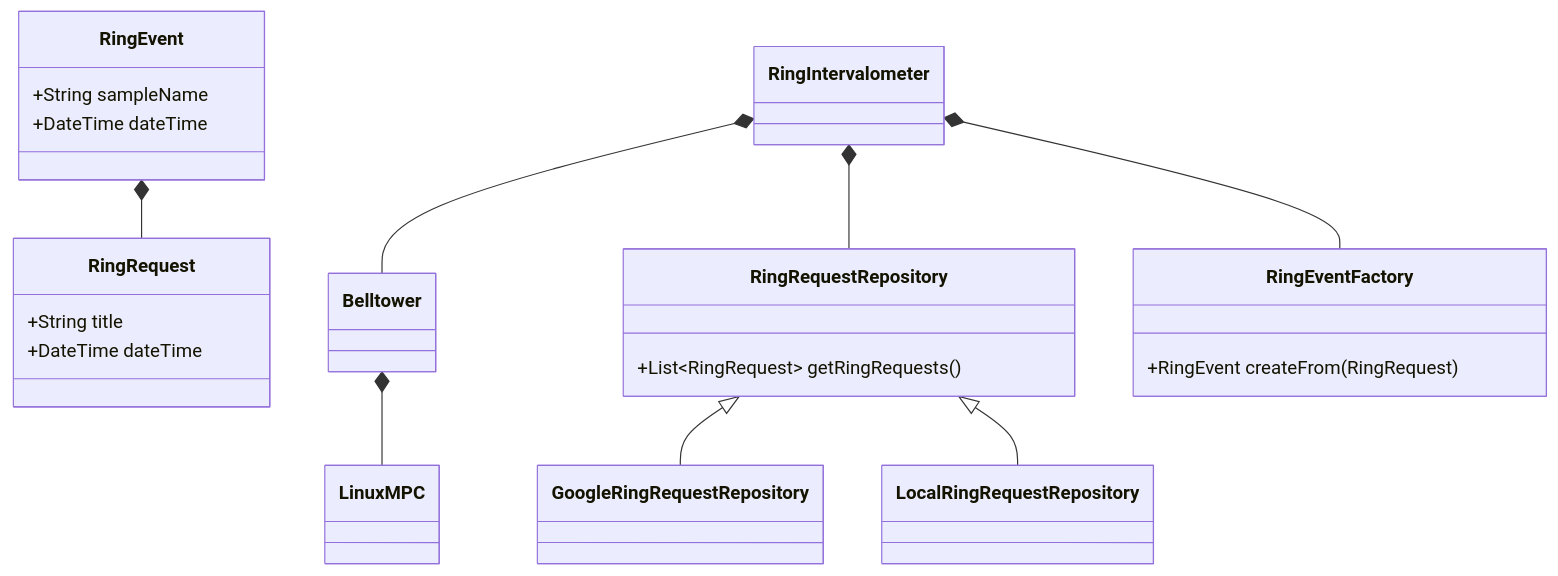
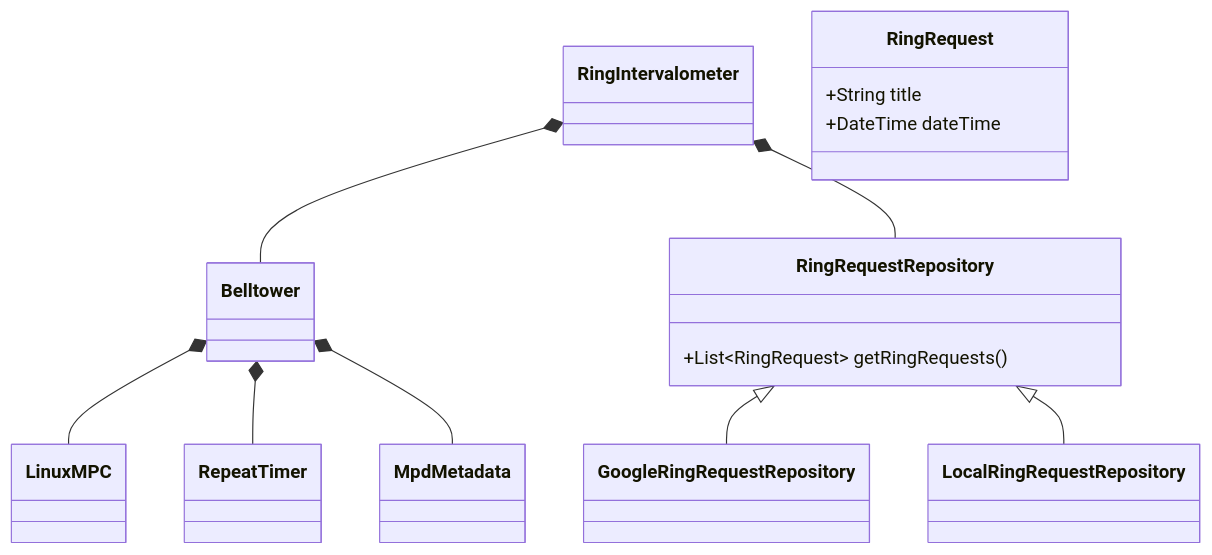
The second of 2 diagrams in server/README.md (jjfraney/bells), drawn with Mermaid before and after one commit. The commit also changed other lines of this file and 14 other files, not shown here.

````diff
--- a/server/README.md
+++ b/server/README.md
@@ -220,26 +305,20 @@
 ```mermaid
     classDiagram
         class Belltower
-        class RingIntervalometer
-        class RingEvent{
-            +String sampleName
-            +DateTime dateTime
+        class RingRequestRepository{
+            +List~RingRequest~ getRingRequests()
         }
+        Belltower *-- LinuxMPC
+        Belltower *-- RepeatTimer
+        Belltower *-- MpdMetadata
+        RingIntervalometer *-- Belltower
+        RingIntervalometer *--RingRequestRepository
+        RingRequestRepository <|-- GoogleRingRequestRepository
+        RingRequestRepository <|-- LocalRingRequestRepository
+        
         class RingRequest{
             +String title
             +DateTime dateTime
         }
-        class RingEventFactory {
-            +RingEvent createFrom(RingRequest)
-        }
-        RingEvent *-- RingRequest
-        class RingRequestRepository{
-            +List~RingRequest~ getRingRequests()
-        }
-        Belltower *-- LinuxMPC
-        RingIntervalometer *-- Belltower
-        RingIntervalometer *--RingRequestRepository
-        RingIntervalometer *-- RingEventFactory
-        RingRequestRepository <|-- GoogleRingRequestRepository
-        RingRequestRepository <|-- LocalRingRequestRepository
+
 ```
````
